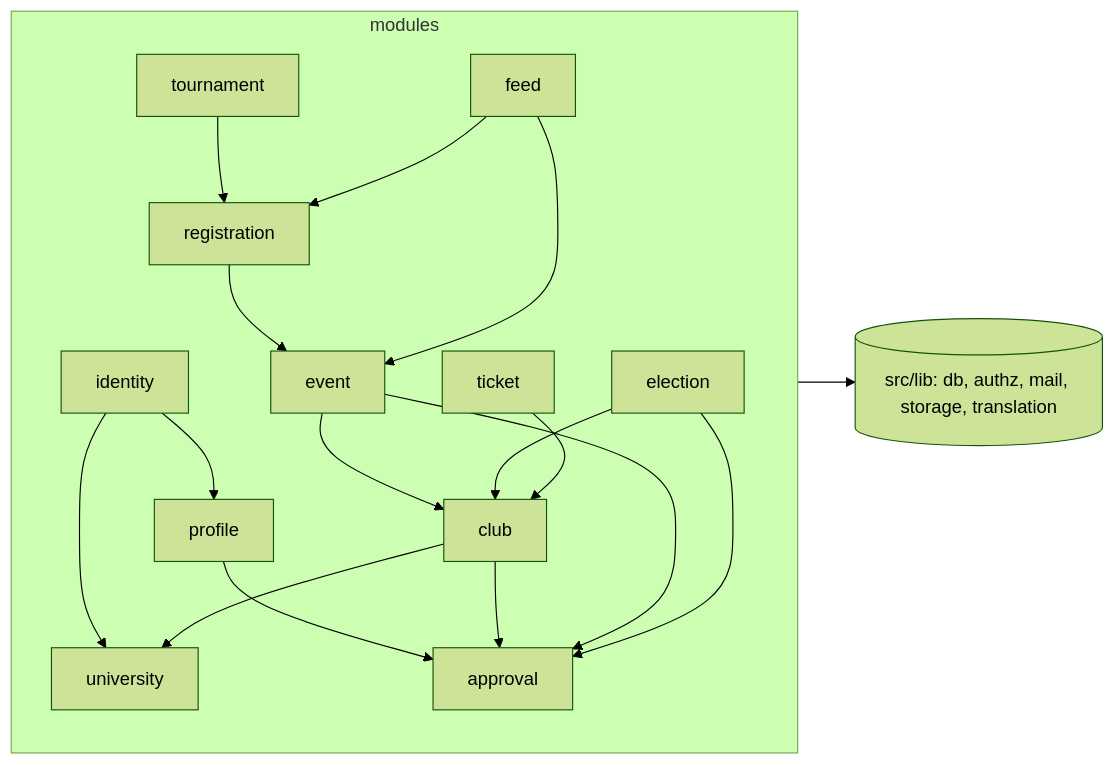
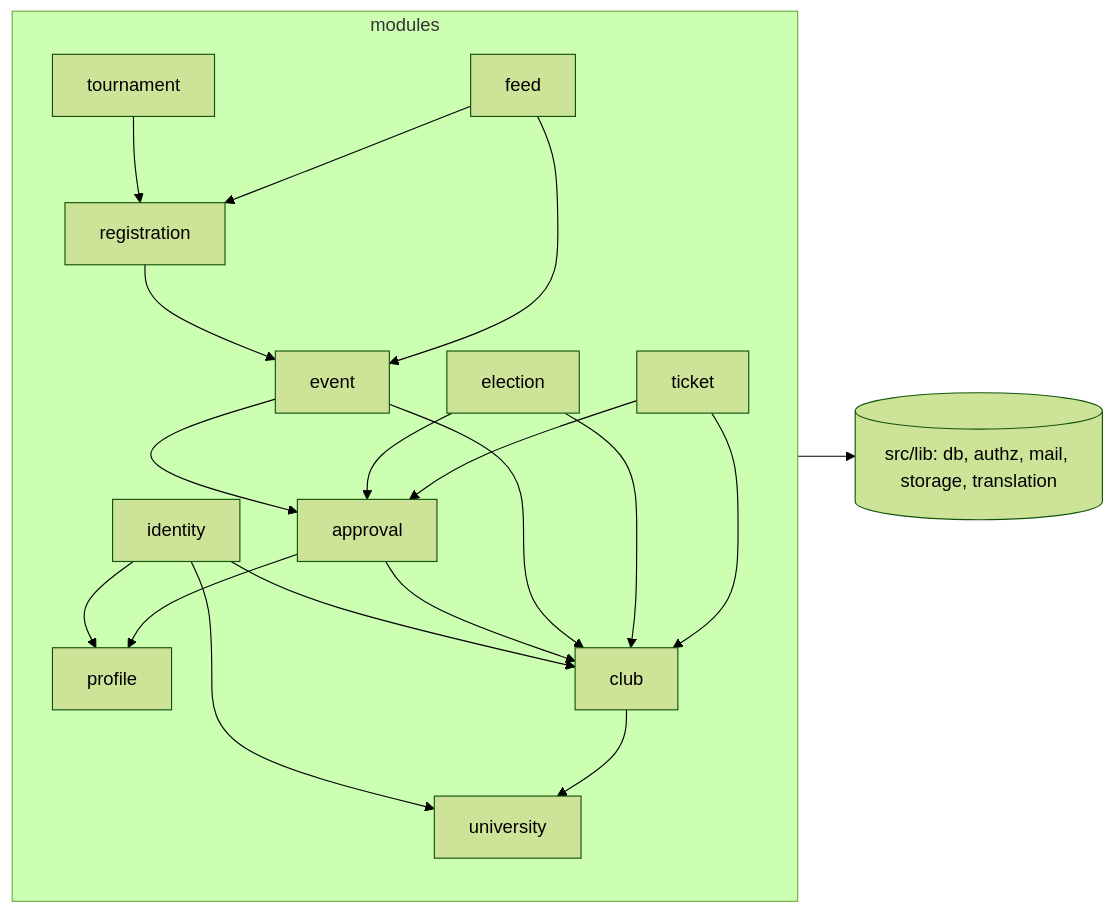
Before and after one commit to efecnbyrak/groupUp: the second of 2 diagrams in docs/ARCHITECTURE.md, drawn with Mermaid (forest theme). The commit also changed other lines of this file and 130 other files, not shown here.

First line of the commit message:
feat(club): F5 kulüp, üyelik, ekip, onay motoru, ticket, demo verisi

````diff
--- a/docs/ARCHITECTURE.md
+++ b/docs/ARCHITECTURE.md
@@ -110,20 +110,22 @@
 ```mermaid
 flowchart LR
   subgraph modules
     identity --> university
     identity --> profile
-    profile --> approval
-    club --> approval
+    identity --> club
+    approval --> profile
+    approval --> club
     club --> university
     event --> club
     event --> approval
     registration --> event
     tournament --> registration
     election --> club
     election --> approval
     ticket --> club
+    ticket --> approval
     feed --> event
     feed --> registration
   end
   modules --> lib[(src/lib: db, authz, mail, storage, translation)]
 ```
````
